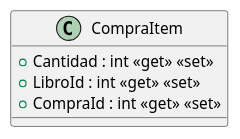
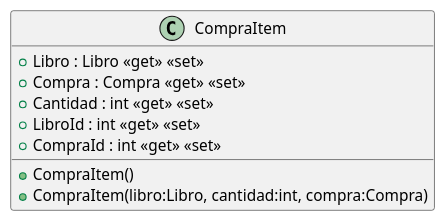
One commit to ISII2627LosElnes/ISII2627LosElnes changed the diagram in src/AppForSEII.API/ClassDiagram/CompraItem.puml. Above: the diagram before and after it, drawn with PlantUML. The commit also changed 3 other files, not shown here.

Commit message:
Arreglo el diagrama del CU1

```diff
--- a/src/AppForSEII.API/ClassDiagram/CompraItem.puml
+++ b/src/AppForSEII.API/ClassDiagram/CompraItem.puml
@@ -1,7 +1,11 @@
 @startuml
 class CompraItem {
+    + CompraItem()
+    + CompraItem(libro:Libro, cantidad:int, compra:Compra)
+    + Libro : Libro <<get>> <<set>>
+    + Compra : Compra <<get>> <<set>>
     + Cantidad : int <<get>> <<set>>
     + LibroId : int <<get>> <<set>>
     + CompraId : int <<get>> <<set>>
 }
 @enduml
```
